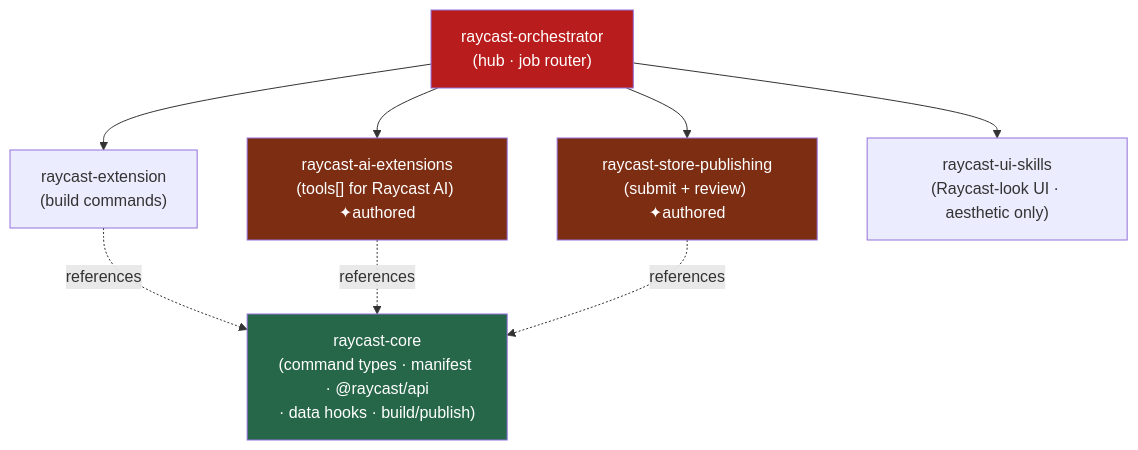
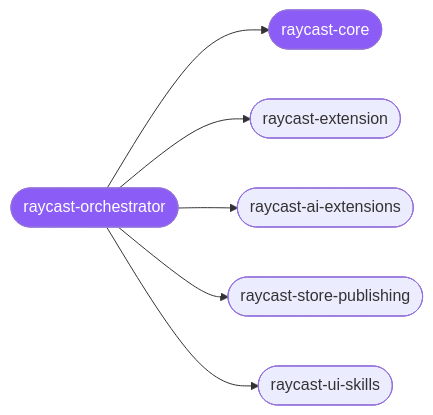
The diagram in clusters/raycast/README.md (Sheshiyer/skill-clusters), drawn with Mermaid before and after one commit. The commit also changed other lines of this file and 44 other files, not shown here.

````diff
--- a/clusters/raycast/README.md
+++ b/clusters/raycast/README.md
@@ -30,16 +18,9 @@
 ```mermaid
-graph TD
-    O["raycast-orchestrator<br/>(hub · job router)"]
-    O --> E["raycast-extension<br/>(build commands)"]
-    O --> AI["raycast-ai-extensions<br/>(tools[] for Raycast AI) ✦authored"]
-    O --> PUB["raycast-store-publishing<br/>(submit + review) ✦authored"]
-    O --> UI["raycast-ui-skills<br/>(Raycast-look UI · aesthetic only)"]
-    E -. references .-> C["raycast-core<br/>(command types · manifest · @raycast/api<br/>· data hooks · build/publish)"]
-    AI -. references .-> C
-    PUB -. references .-> C
-
-    style O fill:#b91c1c,color:#fff
-    style C fill:#276749,color:#fff
-    style AI fill:#7c2d12,color:#fff
-    style PUB fill:#7c2d12,color:#fff
+graph LR
+  o([raycast-orchestrator]):::hub --> c([raycast-core]):::hub
+  o --> s1([raycast-extension])
+  o --> s2([raycast-ai-extensions])
+  o --> s3([raycast-store-publishing])
+  o --> s4([raycast-ui-skills])
+  classDef hub fill:#8b5cf6,color:#fff;
 ```
````
